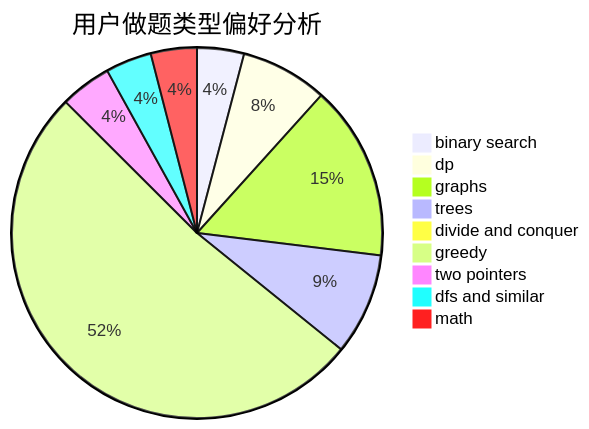
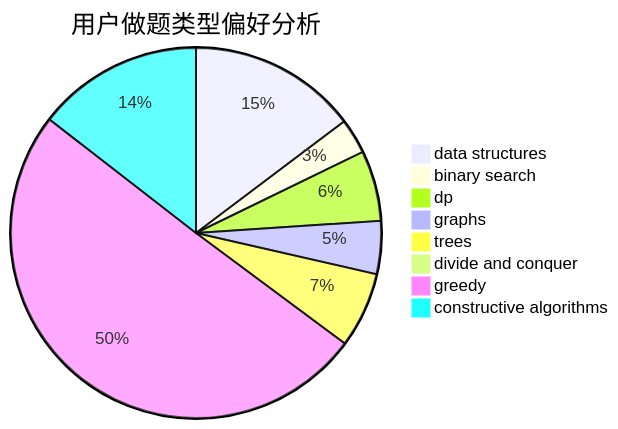
The second of 3 diagrams in docs/user/u2023.md (sherpahu/cfrs.github.io), drawn with Mermaid before and after one commit. The commit also changed other lines of this file and 2775 other files, not shown here.

````diff
--- a/docs/user/u2023.md
+++ b/docs/user/u2023.md
@@ -23,12 +23,11 @@
 ```mermaid
 pie title 用户做题类型偏好分析
-    "binary search" :  54
-    "dp" :  100
-    "graphs" :  201
-    "trees" :  117
-    "divide and conquer" :  4
-    "greedy" :  681
-    "two pointers" :  59
-    "dfs and similar" :  53
-    "math" :  53
+    "data structures" :  67
+    "binary search" :  14
+    "dp" :  28
+    "graphs" :  21
+    "trees" :  30
+    "divide and conquer" :  3
+    "greedy" :  229
+    "constructive algorithms" :  66
 ```
````
